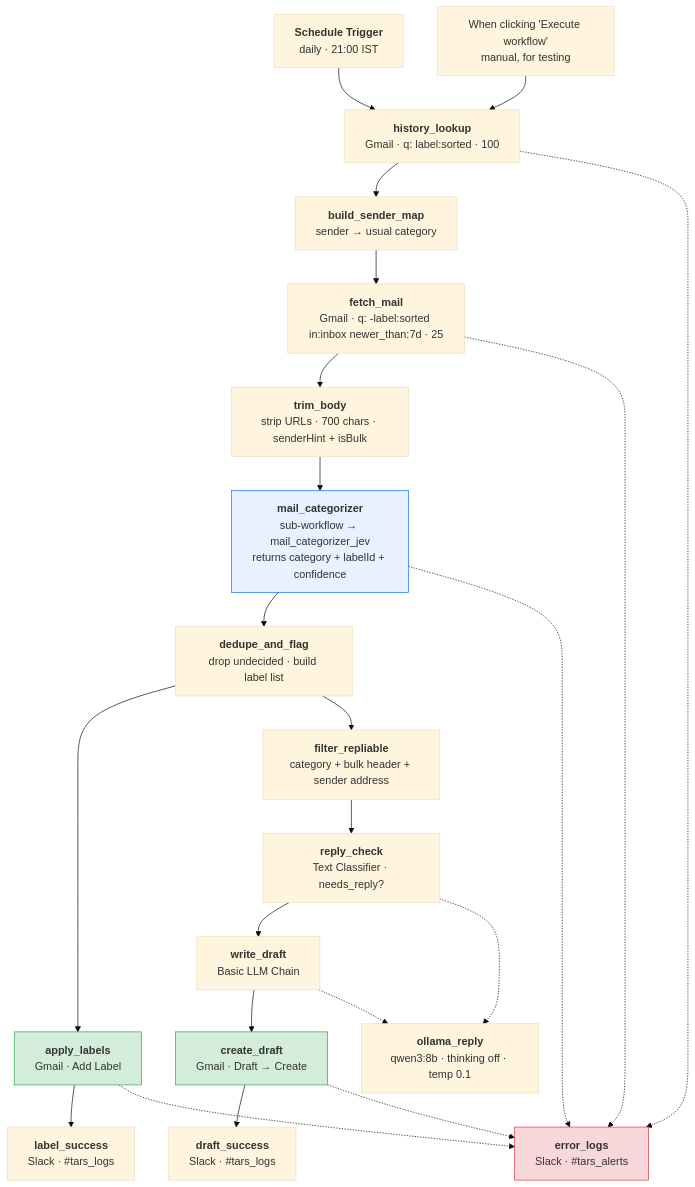
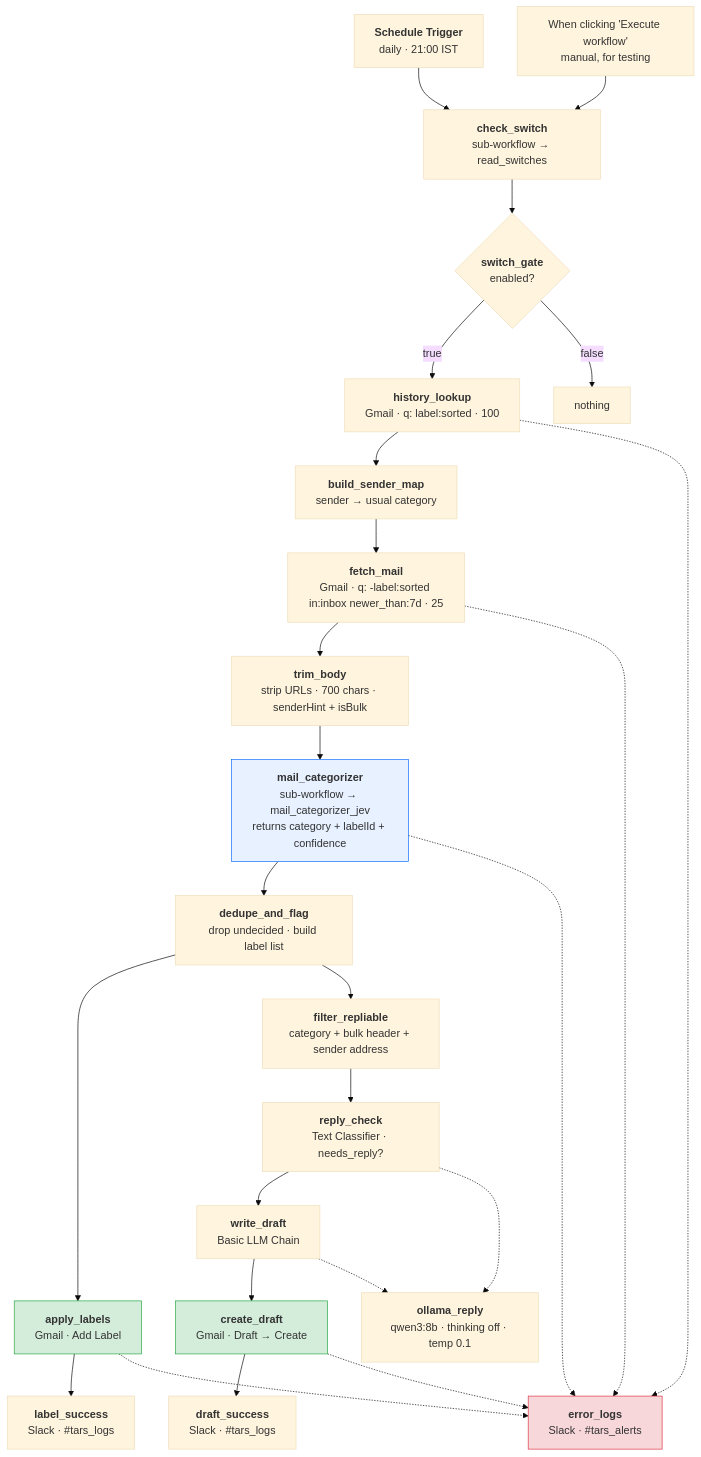
One commit to zeltraxion/automation-stack changed the diagram in docs/mail_label_draft.md. Above: the diagram before and after it, drawn with Mermaid (base theme). The commit also changed other lines of this file and 4 other files, not shown here.

````diff
--- a/docs/mail_label_draft.md
+++ b/docs/mail_label_draft.md
@@ -17,38 +17,43 @@
 ```mermaid
 flowchart TD
     T1["<b>Schedule Trigger</b><br/>daily · 21:00 IST"]
     T2["When clicking 'Execute workflow'<br/>manual, for testing"]
+    CS["<b>check_switch</b><br/>sub-workflow → read_switches"]
+    SG{"<b>switch_gate</b><br/>enabled?"}
     H["<b>history_lookup</b><br/>Gmail · q: label:sorted · 100"]
     M["<b>build_sender_map</b><br/>sender → usual category"]
     F["<b>fetch_mail</b><br/>Gmail · q: -label:sorted in:inbox newer_than:7d · 25"]
     B["<b>trim_body</b><br/>strip URLs · 700 chars · senderHint + isBulk"]
     C["<b>mail_categorizer</b><br/>sub-workflow → mail_categorizer_jev<br/>returns category + labelId + confidence"]
     D["<b>dedupe_and_flag</b><br/>drop undecided · build label list"]
     A["<b>apply_labels</b><br/>Gmail · Add Label"]
     R["<b>filter_repliable</b><br/>category + bulk header + sender address"]
     K["<b>reply_check</b><br/>Text Classifier · needs_reply?"]
     W["<b>write_draft</b><br/>Basic LLM Chain"]
     O["<b>ollama_reply</b><br/>qwen3:8b · thinking off · temp 0.1"]
     G["<b>create_draft</b><br/>Gmail · Draft → Create"]
     L1["<b>label_success</b><br/>Slack · #tars_logs"]
     L2["<b>draft_success</b><br/>Slack · #tars_logs"]
     L3["<b>error_logs</b><br/>Slack · #tars_alerts"]
-    T1 --> H
-    T2 --> H
+    T1 --> CS
+    T2 --> CS
+    CS --> SG
+    SG -->|true| H
+    SG -->|false| Z["nothing"]
     H --> M --> F --> B --> C --> D
     D --> A
     D --> R --> K --> W --> G
     K -.-> O
     W -.-> O
     A --> L1
     G --> L2
     H -.-> L3
     F -.-> L3
     C -.-> L3
     A -.-> L3
     G -.-> L3
     style L3 fill:#f8d7da,stroke:#dc3545
     style C fill:#e7f1ff,stroke:#0d6efd
     style A fill:#d4edda,stroke:#28a745
     style G fill:#d4edda,stroke:#28a745
 ```
````
